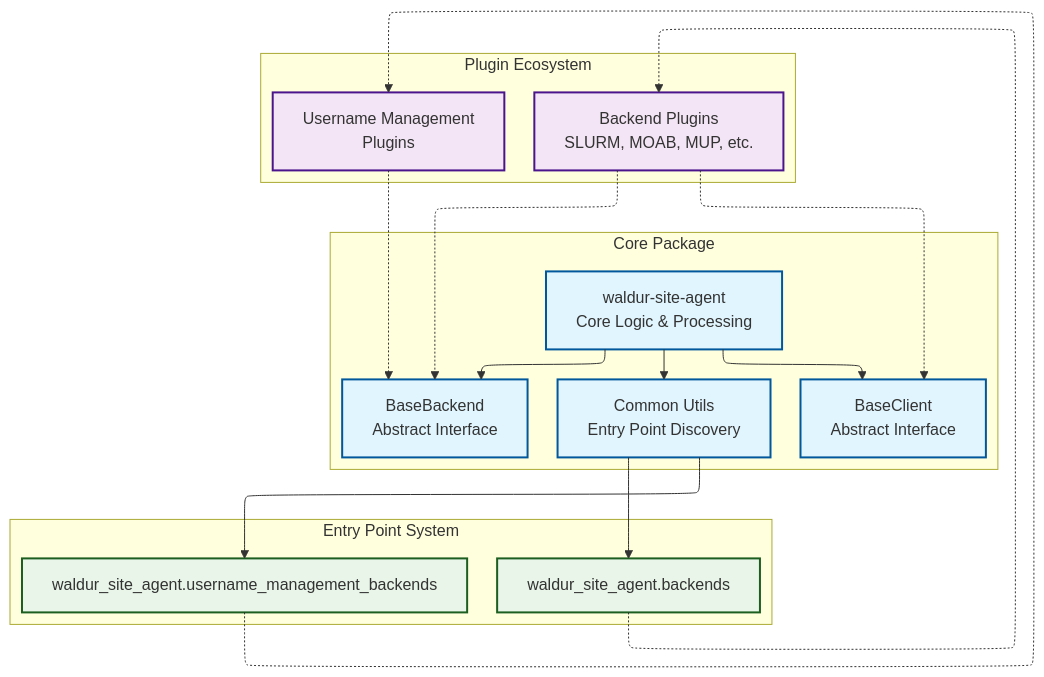
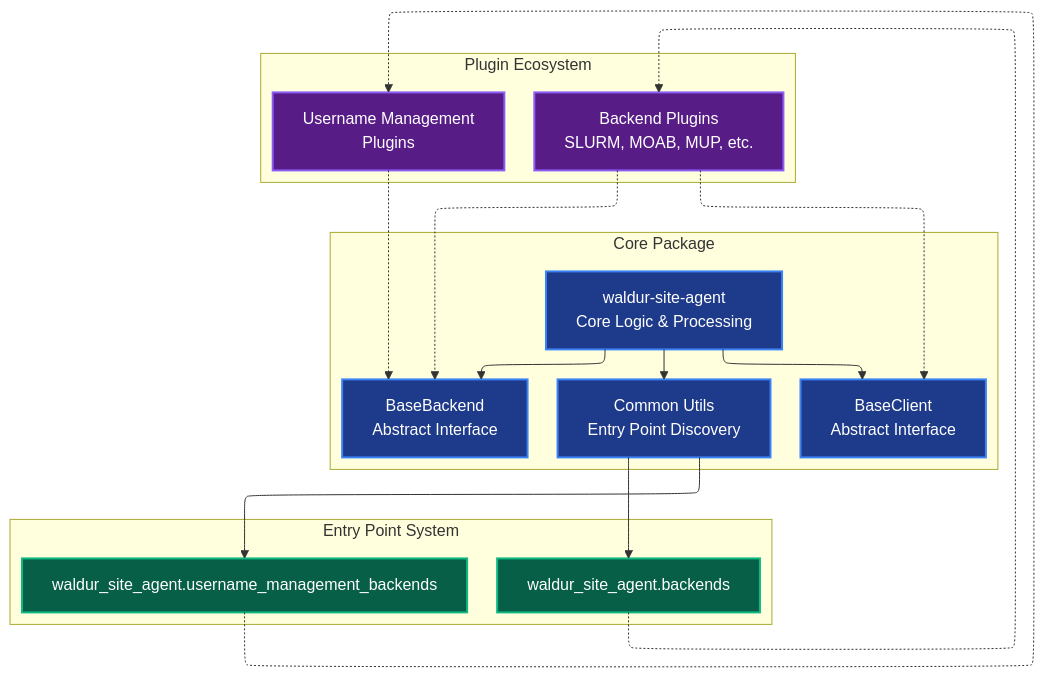
One commit to waldur/waldur-docs changed the first of 2 diagrams in docs/admin-guide/providers/docs/architecture.md. Above: the diagram before and after it, drawn with Mermaid. The commit also changed other lines of this file, not shown here.

Commit message:
Update Waldur Site Agent docs

````diff
--- a/docs/admin-guide/providers/docs/architecture.md
+++ b/docs/admin-guide/providers/docs/architecture.md
@@ -8,48 +8,48 @@
 ```mermaid
 ---
 config:
   layout: elk
 ---
 graph TB
     subgraph "Core Package"
         WA[waldur-site-agent<br/>Core Logic & Processing]
         BB[BaseBackend<br/>Abstract Interface]
         BC[BaseClient<br/>Abstract Interface]
         CU[Common Utils<br/>Entry Point Discovery]
     end
 
     subgraph "Plugin Ecosystem"
         PLUGINS[Backend Plugins<br/>SLURM, MOAB, MUP, etc.]
         UMANAGE[Username Management<br/>Plugins]
     end
 
     subgraph "Entry Point System"
         EP_BACKENDS[waldur_site_agent.backends]
         EP_USERNAME[waldur_site_agent.username_management_backends]
     end
 
     %% Core dependencies
     WA --> BB
     WA --> BC
     WA --> CU
 
     %% Plugin registration and discovery
     CU --> EP_BACKENDS
     CU --> EP_USERNAME
     EP_BACKENDS -.-> PLUGINS
     EP_USERNAME -.-> UMANAGE
 
     %% Plugin inheritance
     PLUGINS -.-> BB
     PLUGINS -.-> BC
     UMANAGE -.-> BB
 
-    %% Styling
-    classDef corePackage fill:#e1f5fe,stroke:#01579b,stroke-width:2px
-    classDef plugin fill:#f3e5f5,stroke:#4a148c,stroke-width:2px
-    classDef entrypoint fill:#e8f5e8,stroke:#1b5e20,stroke-width:2px
+    %% Styling - Dark mode compatible colors
+    classDef corePackage fill:#1E3A8A,stroke:#3B82F6,stroke-width:2px,color:#FFFFFF
+    classDef plugin fill:#581C87,stroke:#8B5CF6,stroke-width:2px,color:#FFFFFF
+    classDef entrypoint fill:#065F46,stroke:#10B981,stroke-width:2px,color:#FFFFFF
 
     class WA,BB,BC,CU corePackage
     class PLUGINS,UMANAGE plugin
     class EP_BACKENDS,EP_USERNAME entrypoint
 ```
````
